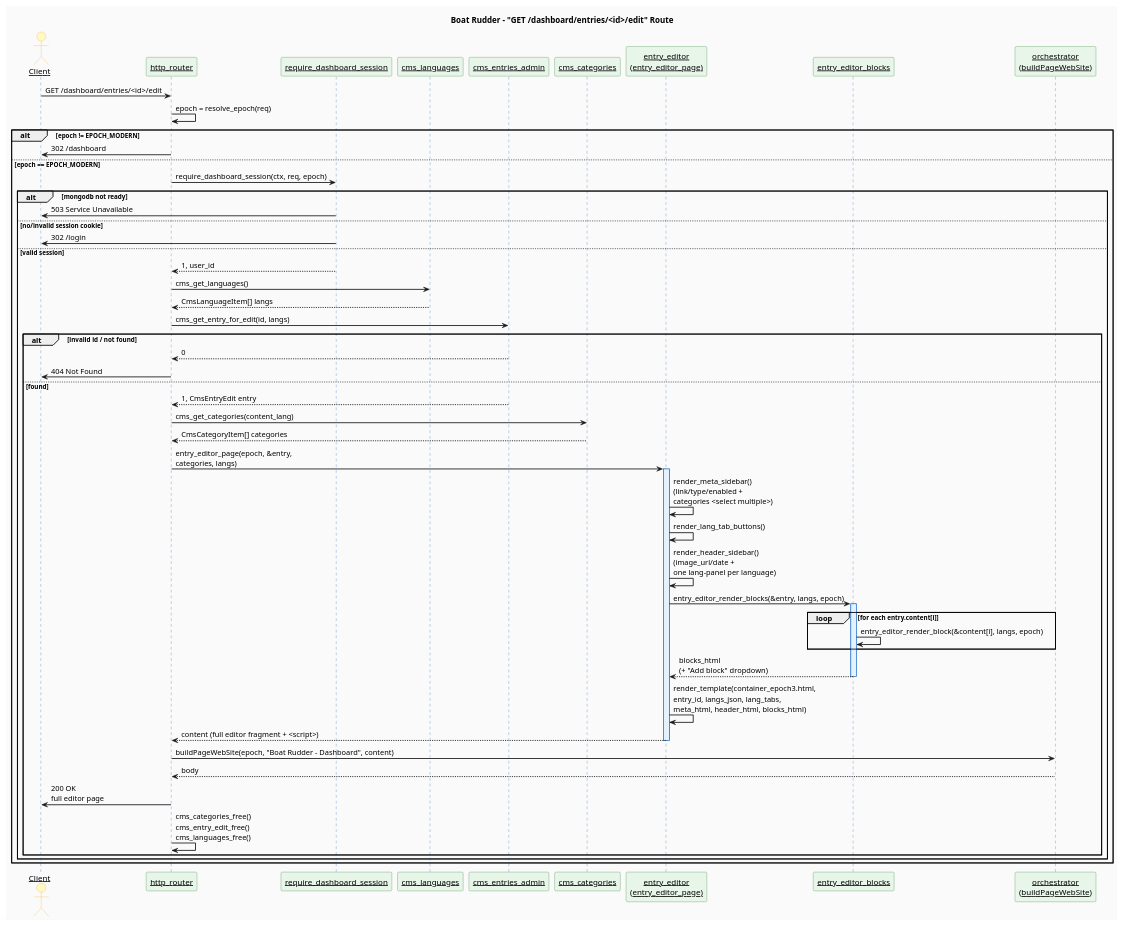
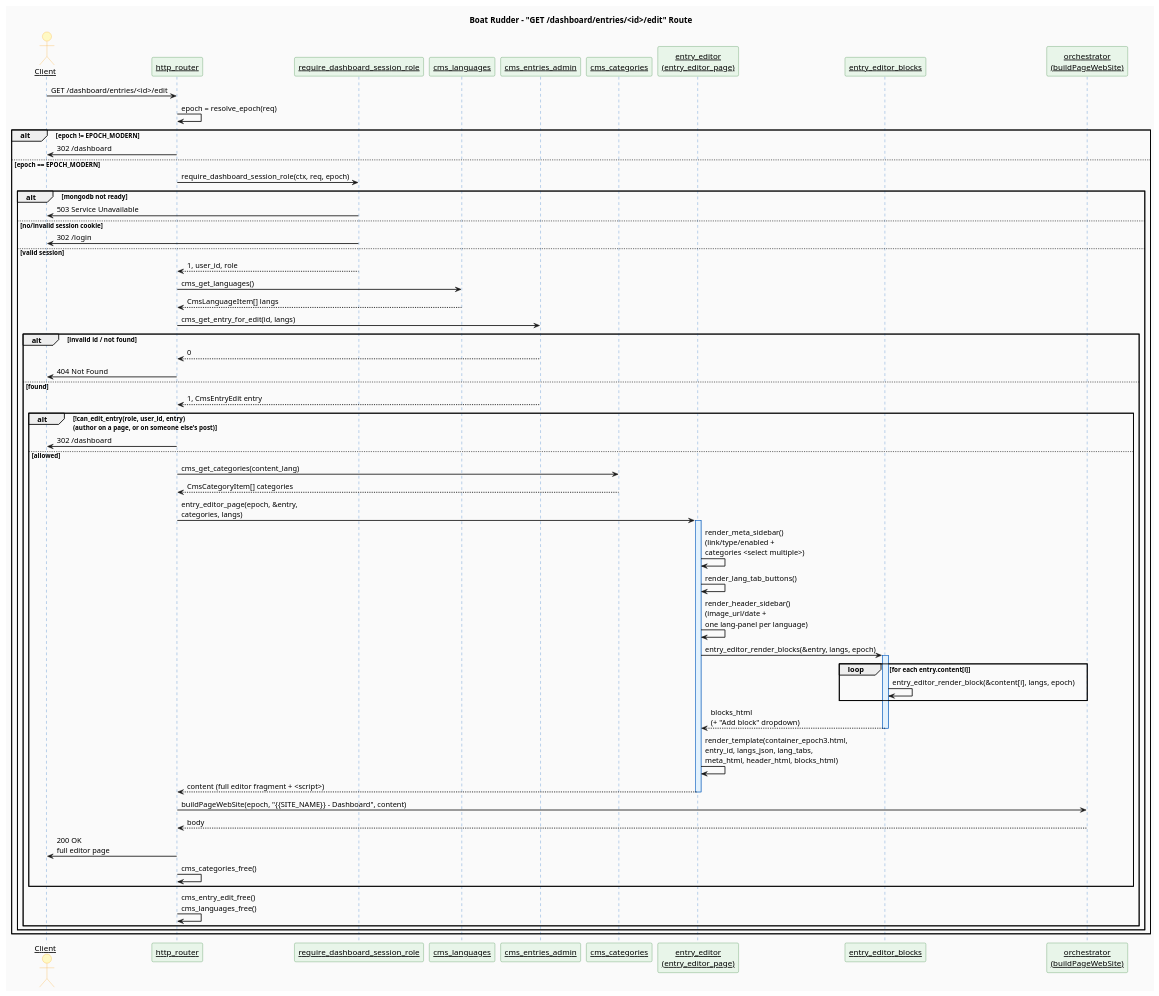
The diagram in develop_docs/diagrams/sequence-entry-editor-edit-route.puml (jpablotoledom/boat-rudder), drawn with PlantUML before and after one commit. The commit also changed 53 other files, not shown here.

```diff
--- a/develop_docs/diagrams/sequence-entry-editor-edit-route.puml
+++ b/develop_docs/diagrams/sequence-entry-editor-edit-route.puml
@@ -1,85 +1,91 @@
 @startuml sequence-entry-editor-edit-route
 
 title Boat Rudder - "GET /dashboard/entries/<id>/edit" Route
 
 skinparam backgroundColor #FAFAFA
 skinparam sequenceArrowThickness 1.5
 skinparam sequenceParticipant underline
 skinparam sequence {
     LifeLineBackgroundColor #E3F2FD
     LifeLineBorderColor #1565C0
     ActorBackgroundColor #FFF9C4
     ActorBorderColor #F9A825
     ParticipantBackgroundColor #E8F5E9
     ParticipantBorderColor #2E7D32
 }
 
 actor Client
 participant "http_router" as ROUTER
-participant "require_dashboard_session" as SESSION
+participant "require_dashboard_session_role" as SESSION
 participant "cms_languages" as LANG
 participant "cms_entries_admin" as ADMIN
 participant "cms_categories" as CAT
 participant "entry_editor\n(entry_editor_page)" as EDITOR
 participant "entry_editor_blocks" as BLOCKS
 participant "orchestrator\n(buildPageWebSite)" as ORCH
 
 Client -> ROUTER : GET /dashboard/entries/<id>/edit
 ROUTER -> ROUTER : epoch = resolve_epoch(req)
 
 alt epoch != EPOCH_MODERN
   ROUTER -> Client : 302 /dashboard
 
 else epoch == EPOCH_MODERN
-  ROUTER -> SESSION : require_dashboard_session(ctx, req, epoch)
+  ROUTER -> SESSION : require_dashboard_session_role(ctx, req, epoch)
 
   alt mongodb not ready
     SESSION -> Client : 503 Service Unavailable
   else no/invalid session cookie
     SESSION -> Client : 302 /login
   else valid session
-    SESSION --> ROUTER : 1, user_id
+    SESSION --> ROUTER : 1, user_id, role
 
     ROUTER -> LANG : cms_get_languages()
     LANG --> ROUTER : CmsLanguageItem[] langs
 
     ROUTER -> ADMIN : cms_get_entry_for_edit(id, langs)
 
     alt invalid id / not found
       ADMIN --> ROUTER : 0
       ROUTER -> Client : 404 Not Found
     else found
       ADMIN --> ROUTER : 1, CmsEntryEdit entry
+
+      alt !can_edit_entry(role, user_id, entry)\n(author on a page, or on someone else's post)
+        ROUTER -> Client : 302 /dashboard
+      else allowed
 
       ROUTER -> CAT : cms_get_categories(content_lang)
       CAT --> ROUTER : CmsCategoryItem[] categories
 
       ROUTER -> EDITOR : entry_editor_page(epoch, &entry,\ncategories, langs)
       activate EDITOR
 
       EDITOR -> EDITOR : render_meta_sidebar()\n(link/type/enabled +\ncategories <select multiple>)
       EDITOR -> EDITOR : render_lang_tab_buttons()
       EDITOR -> EDITOR : render_header_sidebar()\n(image_url/date +\none lang-panel per language)
 
       EDITOR -> BLOCKS : entry_editor_render_blocks(&entry, langs, epoch)
       activate BLOCKS
       loop for each entry.content[i]
         BLOCKS -> BLOCKS : entry_editor_render_block(&content[i], langs, epoch)
       end
       BLOCKS --> EDITOR : blocks_html\n(+ "Add block" dropdown)
       deactivate BLOCKS
 
       EDITOR -> EDITOR : render_template(container_epoch3.html,\nentry_id, langs_json, lang_tabs,\nmeta_html, header_html, blocks_html)
       EDITOR --> ROUTER : content (full editor fragment + <script>)
       deactivate EDITOR
 
-      ROUTER -> ORCH : buildPageWebSite(epoch, "Boat Rudder - Dashboard", content)
+      ROUTER -> ORCH : buildPageWebSite(epoch, "{{SITE_NAME}} - Dashboard", content)
       ORCH --> ROUTER : body
       ROUTER -> Client : 200 OK\nfull editor page
 
-      ROUTER -> ROUTER : cms_categories_free()\ncms_entry_edit_free()\ncms_languages_free()
+      ROUTER -> ROUTER : cms_categories_free()
+      end
+      ROUTER -> ROUTER : cms_entry_edit_free()\ncms_languages_free()
     end
   end
 end
 
 @enduml
```
